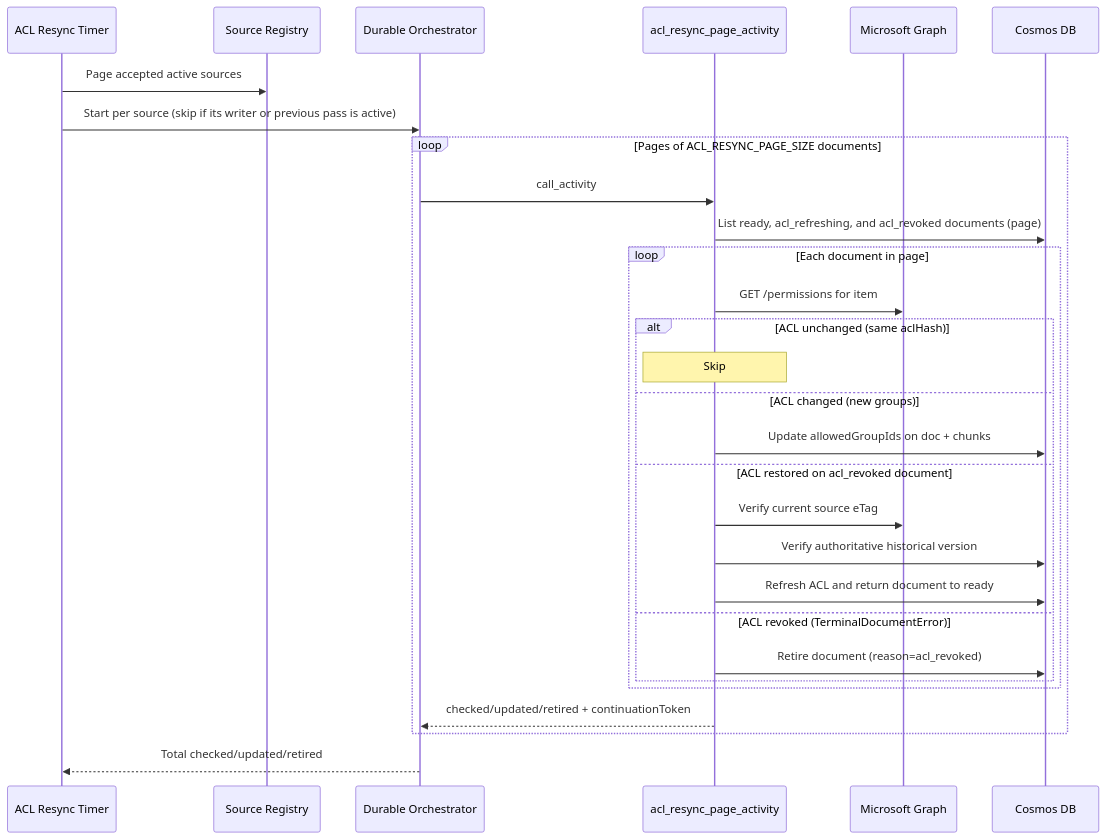
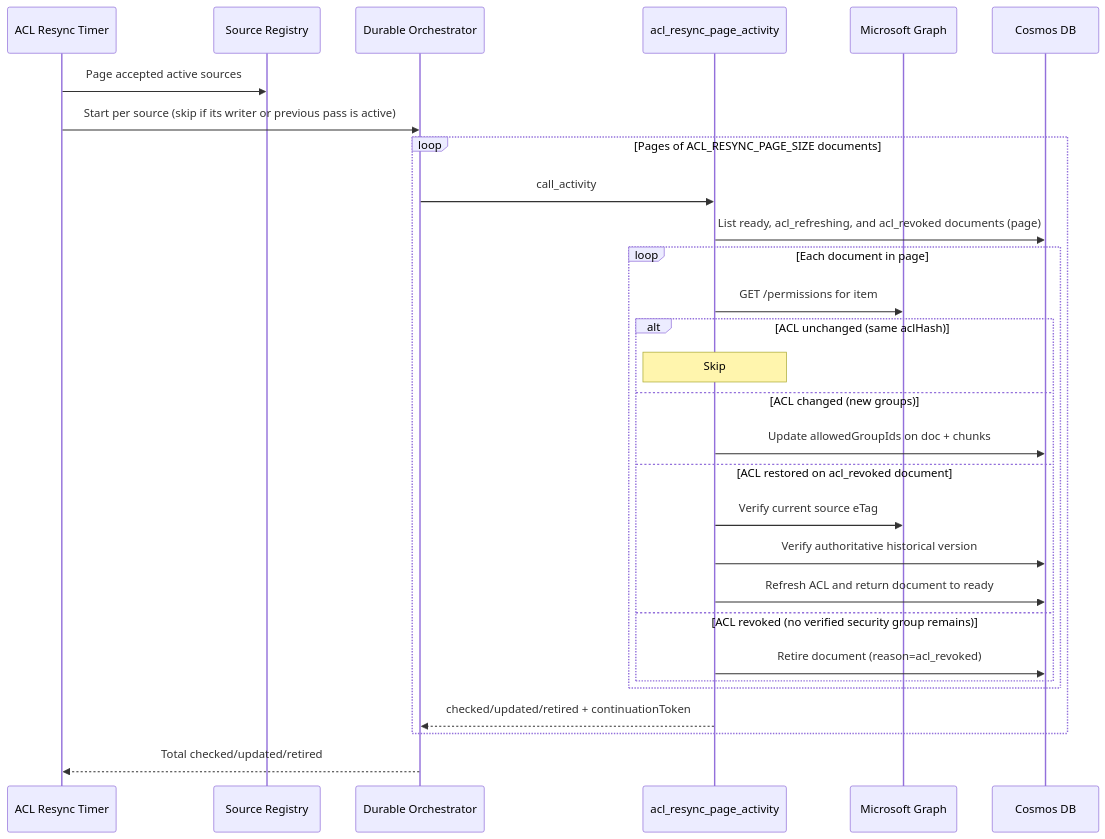
One commit to HariVamsiChittari1/enterprise-rag-pipeline changed the sixth of 14 diagrams in docs/ARCHITECTURE.md. Above: the diagram before and after it, drawn with Mermaid. The commit also changed other lines of this file and 89 other files, not shown here.

````diff
--- a/docs/ARCHITECTURE.md
+++ b/docs/ARCHITECTURE.md
@@ -344,32 +341,32 @@
 ```mermaid
 sequenceDiagram
     participant Timer as ACL Resync Timer
     participant Registry as Source Registry
     participant Orch as Durable Orchestrator
     participant Act as acl_resync_page_activity
     participant Graph as Microsoft Graph
     participant Cosmos as Cosmos DB
 
     Timer->>Registry: Page accepted active sources
     Timer->>Orch: Start per source (skip if its writer or previous pass is active)
     loop Pages of ACL_RESYNC_PAGE_SIZE documents
         Orch->>Act: call_activity
         Act->>Cosmos: List ready, acl_refreshing, and acl_revoked documents (page)
         loop Each document in page
             Act->>Graph: GET /permissions for item
             alt ACL unchanged (same aclHash)
                 Note over Act: Skip
             else ACL changed (new groups)
                 Act->>Cosmos: Update allowedGroupIds on doc + chunks
             else ACL restored on acl_revoked document
                 Act->>Graph: Verify current source eTag
                 Act->>Cosmos: Verify authoritative historical version
                 Act->>Cosmos: Refresh ACL and return document to ready
-            else ACL revoked (TerminalDocumentError)
+            else ACL revoked (no verified security group remains)
                 Act->>Cosmos: Retire document (reason=acl_revoked)
             end
         end
         Act-->>Orch: checked/updated/retired + continuationToken
     end
     Orch-->>Timer: Total checked/updated/retired
 ```
````
